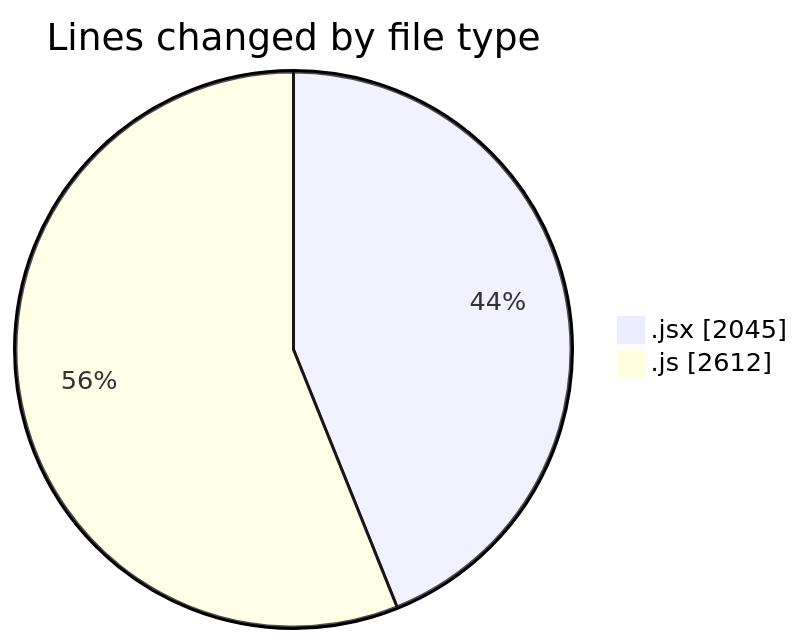
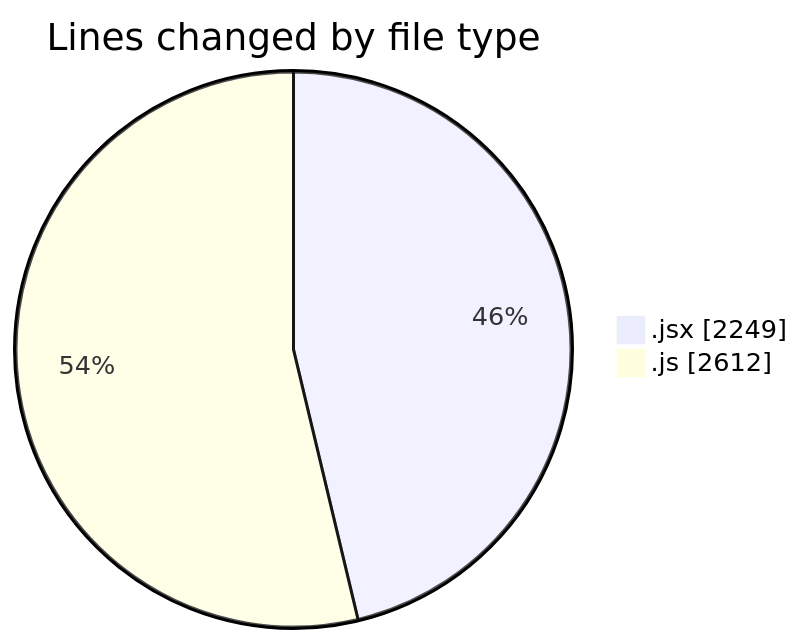
One commit to nxtqubesakshisongat/code-tracking changed the first of 2 diagrams in 2025-09-15/nxtqube_webapp/README.md. Above: the diagram before and after it, drawn with Mermaid. The commit also changed other lines of this file and 1 other file, not shown here.

````diff
--- a/2025-09-15/nxtqube_webapp/README.md
+++ b/2025-09-15/nxtqube_webapp/README.md
@@ -23,6 +23,6 @@
 ```mermaid
 pie showData
 title Lines changed by file type
-".jsx" : 2045
+".jsx" : 2249
 ".js" : 2612
 ```
````
